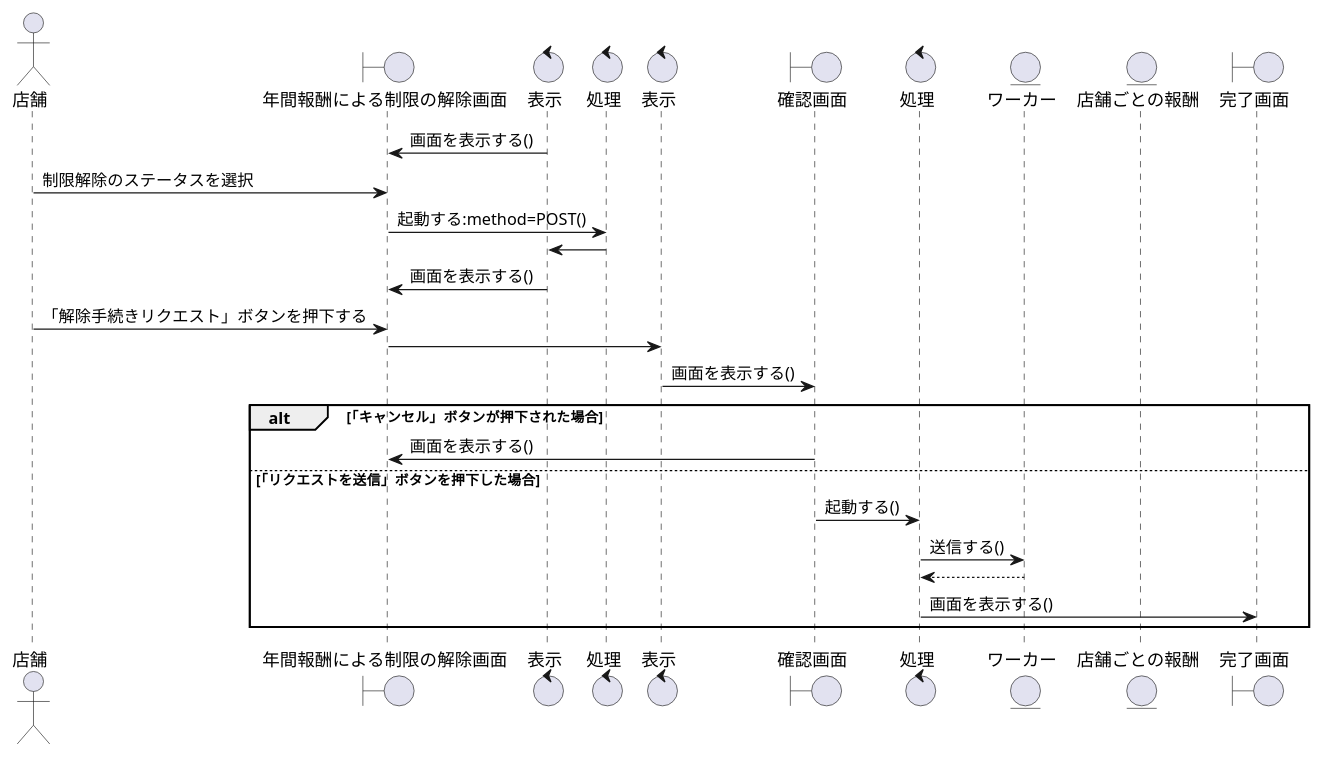
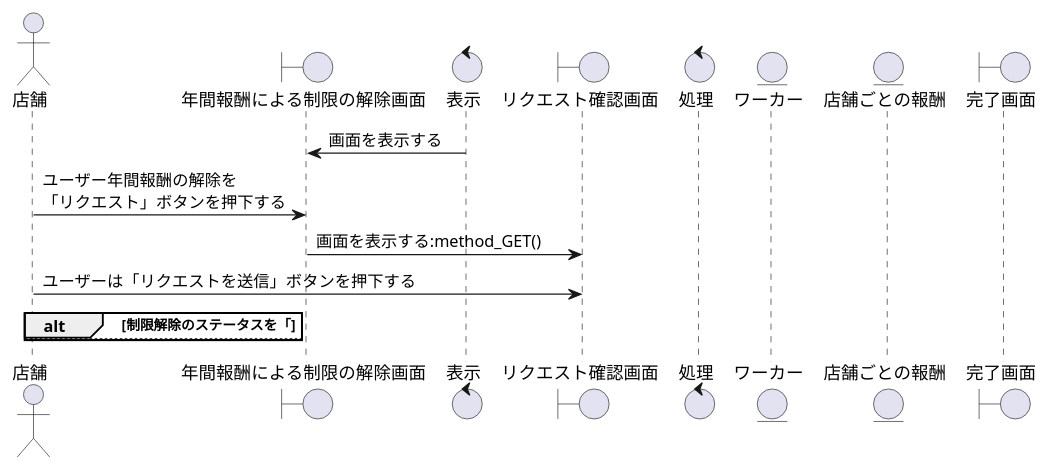
The diagram in sequence_fig/8_storeside_fn/08_年間報酬による制限の解除依頼をする.pu (irukacb256/high_Me), drawn with PlantUML before and after one commit. The commit also changed 5 other files, not shown here.

```diff
--- a/sequence_fig/8_storeside_fn/08_年間報酬による制限の解除依頼をする.pu
+++ b/sequence_fig/8_storeside_fn/08_年間報酬による制限の解除依頼をする.pu
@@ -1,34 +1,26 @@
 @startuml 年間報酬による制限の解除依頼をする
 
 actor 店舗 as cp1
 boundary 年間報酬による制限の解除画面 as b1
 control 表示 as co1
-control 処理 as co2
-control 表示 as co3
-boundary 確認画面 as b2
+
+boundary リクエスト確認画面 as b2
 control 処理 as co4
 
 entity ワーカー as en1
 entity 店舗ごとの報酬 as en2
 boundary 完了画面 as b3
 
-b1 <- co1 :画面を表示する()
-cp1 -> b1 :制限解除のステータスを選択
-b1 -> co2 :起動する:method=POST()
-co1 <- co2
-b1 <- co1 :画面を表示する()
-cp1 -> b1 :「解除手続きリクエスト」ボタンを押下する
-b1 -> co3 
-co3 -> b2 :画面を表示する()
+co1 -> b1 : 画面を表示する
+cp1 -> b1 : ユーザー年間報酬の解除を\n「リクエスト」ボタンを押下する
+b1 -> b2 : 画面を表示する:method_GET()
+cp1 -> b2 : ユーザーは「リクエストを送信」ボタンを押下する
 
-alt 「キャンセル」ボタンが押下された場合
-b1 <- b2 :画面を表示する()
-else 「リクエストを送信」ボタンを押下した場合
-b2 -> co4 :起動する()
-co4 -> en1 :送信する()
-co4 <-- en1 
-co4 -> b3 :画面を表示する()
+alt 制限解除のステータスを「
+
+
+else
 
 end
 
 @enduml
```
